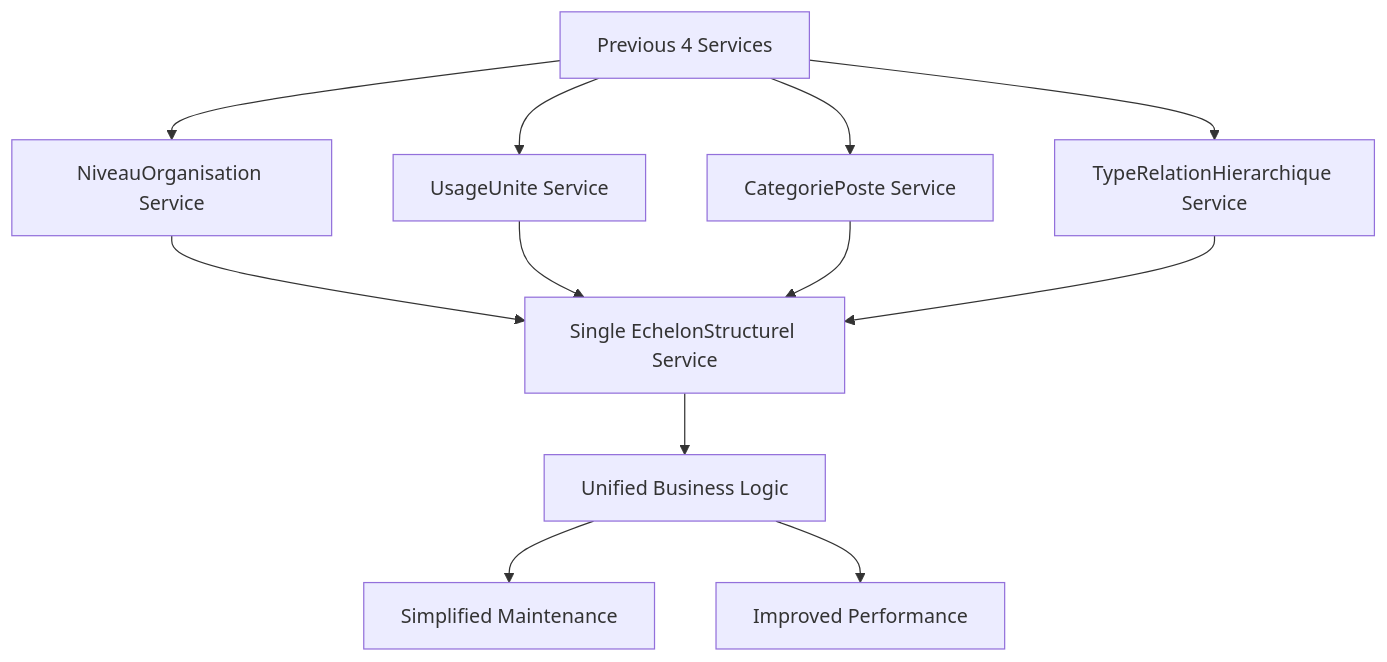
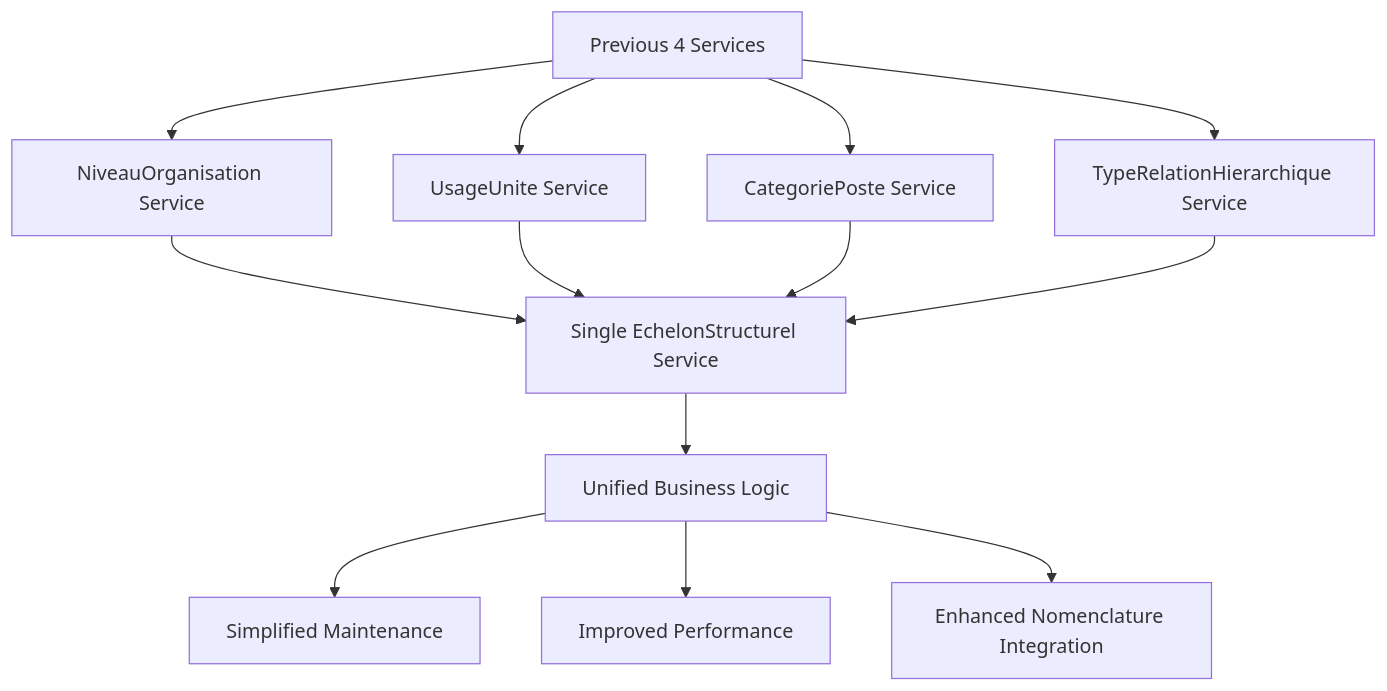
Before and after one commit to franckylab/eLISAschool: the fourth of 9 diagrams in .qoder/repowiki/en/content/Human Resources Management/Personnel Administration/Organizational Structure.md, drawn with Mermaid. The commit also changed other lines of this file and 455 other files, not shown here.

````diff
--- a/.qoder/repowiki/en/content/Human Resources Management/Personnel Administration/Organizational Structure.md
+++ b/.qoder/repowiki/en/content/Human Resources Management/Personnel Administration/Organizational Structure.md
@@ -232,14 +239,15 @@
 ```mermaid
 flowchart TD
 A["Previous 4 Services"] --> B["NiveauOrganisation Service"]
 A --> C["UsageUnite Service"]
 A --> D["CategoriePoste Service"]
 A --> E["TypeRelationHierarchique Service"]
 B --> F["Single EchelonStructurel Service"]
 C --> F
 D --> F
 E --> F
 F --> G["Unified Business Logic"]
 G --> H["Simplified Maintenance"]
 G --> I["Improved Performance"]
+G --> J["Enhanced Nomenclature Integration"]
 ```
````
